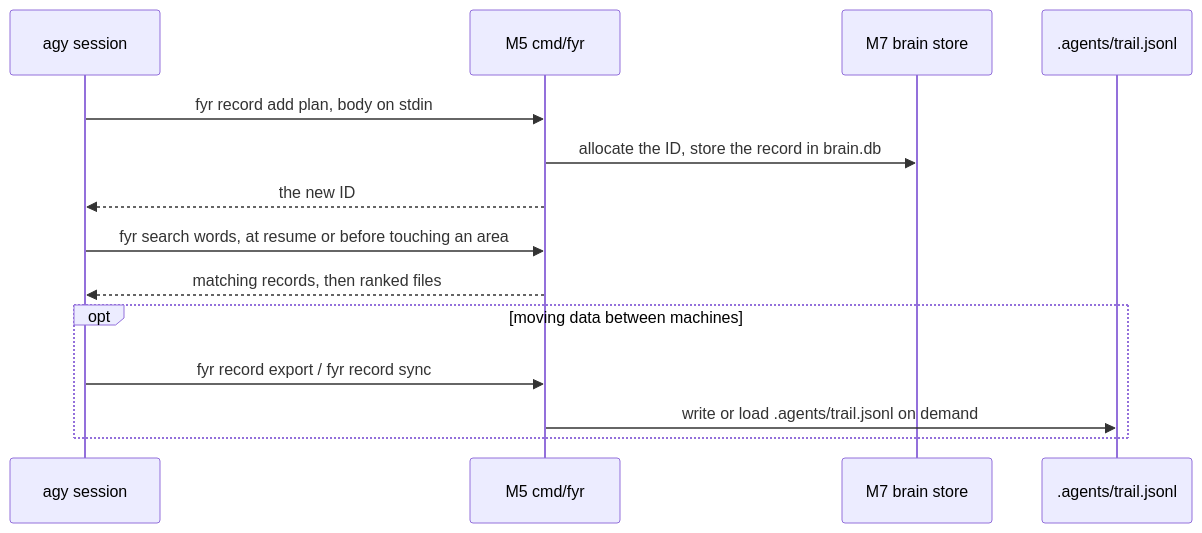
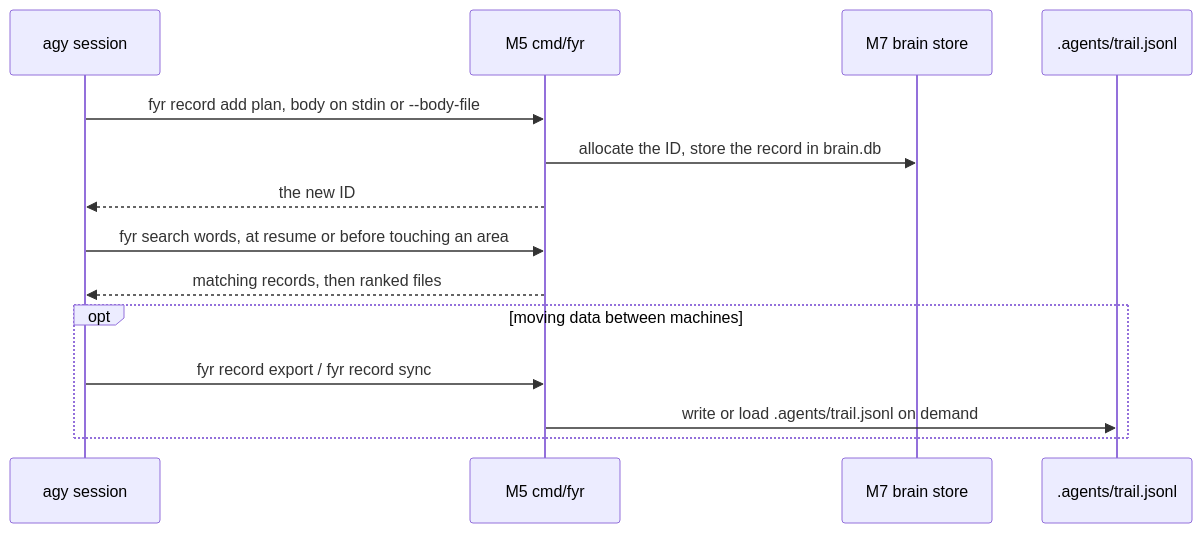
One commit to kesokaj/fyr changed the fourth of 5 diagrams in SDD.md. Above: the diagram before and after it, drawn with Mermaid. The commit also changed 26 other files, not shown here.

Commit message:
cmd/fyr, internal/brain: add --body-file and --out; rewrite redirected instructions (item 5, BUG-501)

````diff
--- a/SDD.md
+++ b/SDD.md
@@ -94,16 +94,16 @@
 ```mermaid
 sequenceDiagram
   participant A as agy session
   participant C as M5 cmd/fyr
   participant B as M7 brain store
   participant T as .agents/trail.jsonl
-  A->>C: fyr record add plan, body on stdin
+  A->>C: fyr record add plan, body on stdin or --body-file
   C->>B: allocate the ID, store the record in brain.db
   C-->>A: the new ID
   A->>C: fyr search words, at resume or before touching an area
   C-->>A: matching records, then ranked files
   opt moving data between machines
     A->>C: fyr record export / fyr record sync
     C->>T: write or load .agents/trail.jsonl on demand
   end
 ```
````
